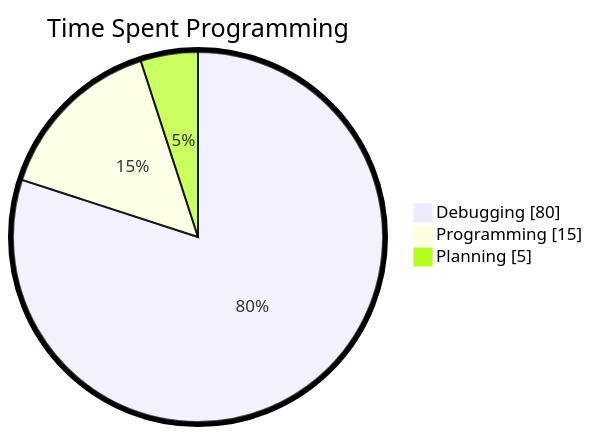
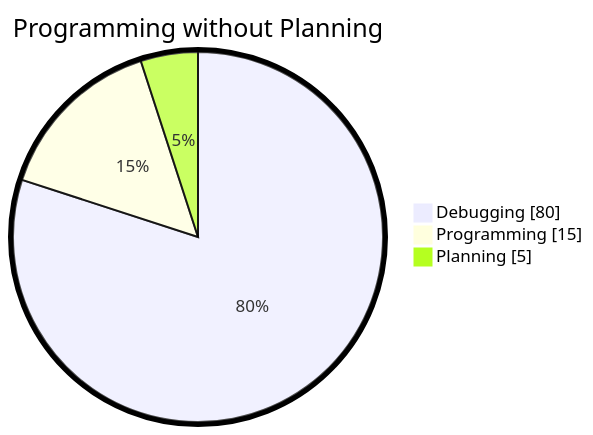
One commit to yurit87/9645_computer_science changed the first of 2 diagrams in 9645_vault/9645_course_notes/obsidian_and_markdown/Mermaid Diagrams.md. Above: the diagram before and after it, drawn with Mermaid. The commit also changed other lines of this file and 1 other file, not shown here.

````diff
--- a/9645_vault/9645_course_notes/obsidian_and_markdown/Mermaid Diagrams.md
+++ b/9645_vault/9645_course_notes/obsidian_and_markdown/Mermaid Diagrams.md
@@ -1,7 +3,7 @@
 ``` mermaid
 %%{init: {"pie": {"textPosition": 0.5}, "themeVariables": {"pieOuterStrokeWidth": "5px"}} }%%
-pie showData title Time Spent Programming
+pie showData title Programming without Planning
     "Debugging" : 80
     "Programming" : 15
     "Planning" : 5
 ```
````
